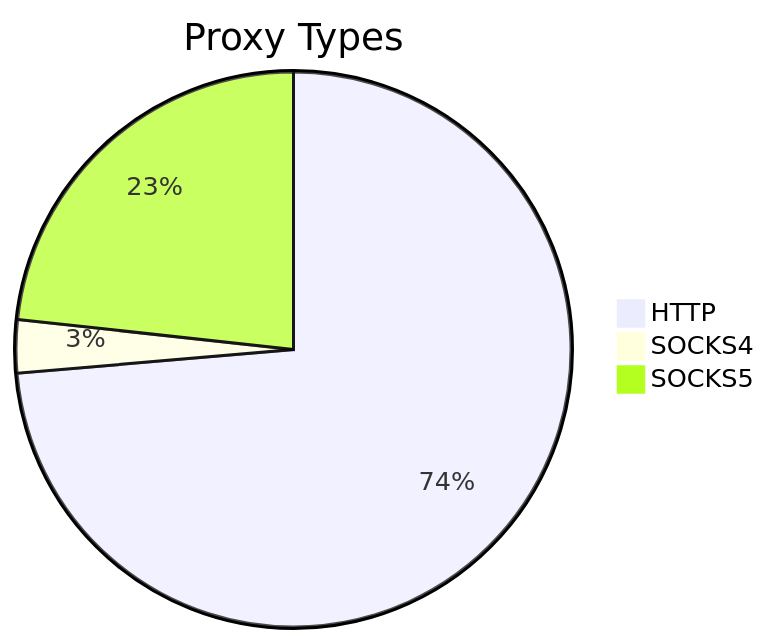
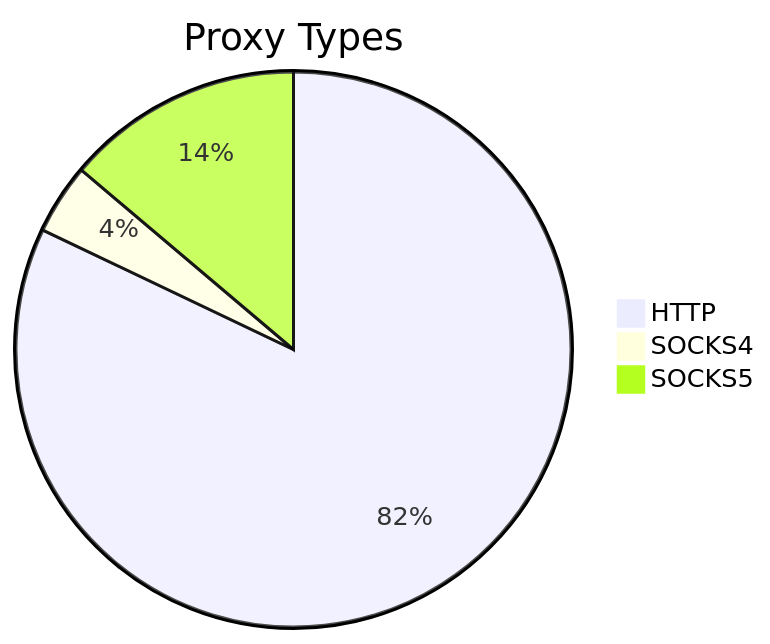
One commit to stormsia/proxy-list changed the first of 2 diagrams in README.md. Above: the diagram before and after it, drawn with Mermaid. The commit also changed other lines of this file, not shown here.

````diff
--- a/README.md
+++ b/README.md
@@ -21,6 +21,6 @@
 ```mermaid
 pie title Proxy Types
-    "HTTP" : 405
-    "SOCKS4" : 17
-    "SOCKS5" : 128
+    "HTTP" : 380
+    "SOCKS4" : 19
+    "SOCKS5" : 64
 ```
````
